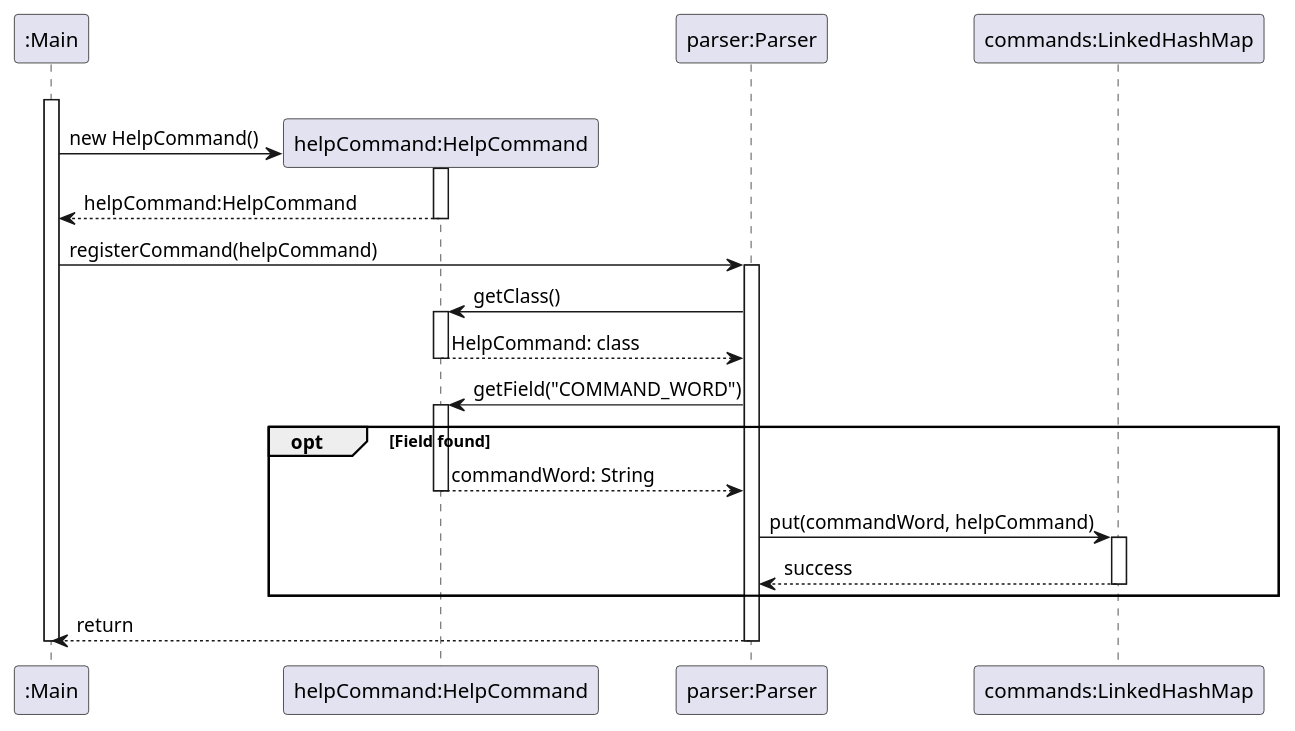
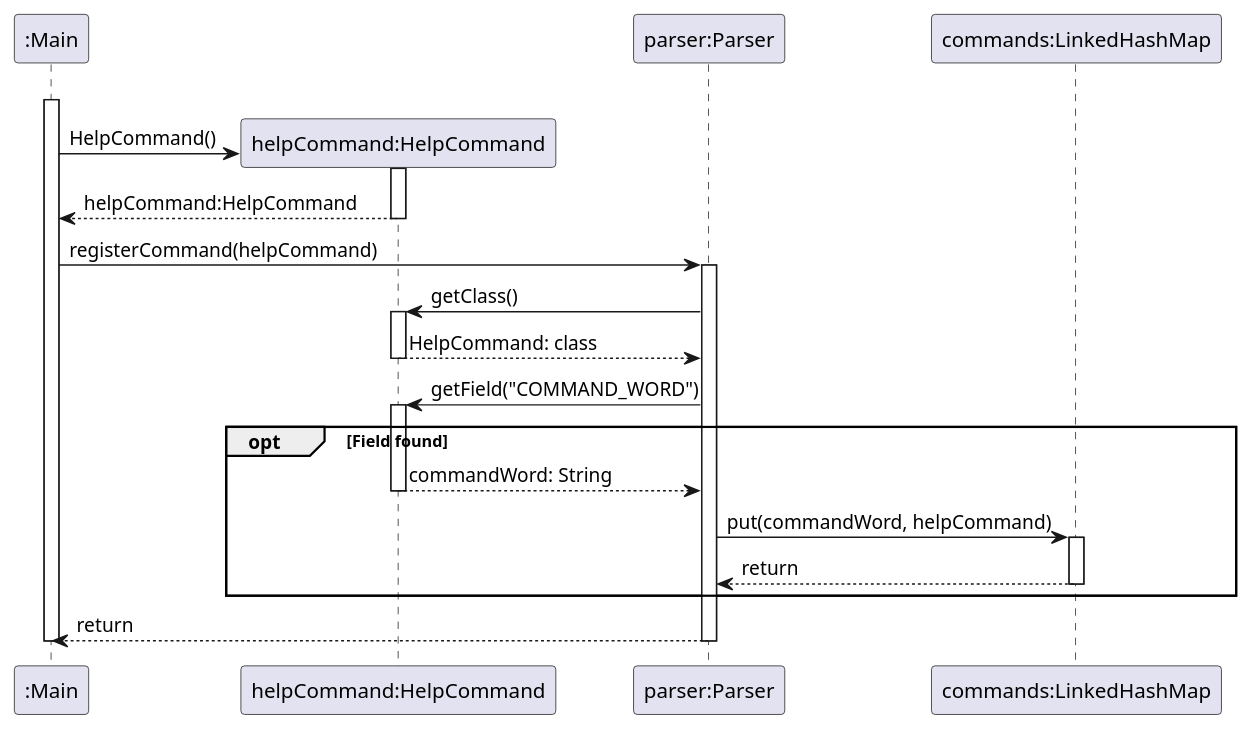
Before and after one commit to nus-cs2113-AY2425S1/tp: the first of 4 diagrams in docs/plantUMLCode/parser-class-diagram.puml, drawn with PlantUML. The commit also changed other lines of this file and 2 other files, not shown here.

Commit message:
Update diagrams

```diff
--- a/docs/plantUMLCode/parser-class-diagram.puml
+++ b/docs/plantUMLCode/parser-class-diagram.puml
@@ -1,40 +1,40 @@
 @startuml
 participant ":Main" as Main
 "Main" -[hidden]> "Main" :
 
 activate Main
 create "helpCommand:HelpCommand" as HelpCommand
-Main -> HelpCommand: new HelpCommand()
+Main -> HelpCommand: HelpCommand()
 
 activate HelpCommand
 
 HelpCommand --> Main: helpCommand:HelpCommand
 deactivate HelpCommand
 participant "parser:Parser" as Parser
 Main -> Parser: registerCommand(helpCommand)
 activate Parser
 
 participant "commands:LinkedHashMap" as CommandMap
 
 Parser -> HelpCommand: getClass()
 activate HelpCommand
 HelpCommand --> Parser: HelpCommand: class
 deactivate HelpCommand
 
 Parser -> HelpCommand: getField("COMMAND_WORD")
 activate HelpCommand
 opt Field found
     HelpCommand --> Parser: commandWord: String
     deactivate HelpCommand
     Parser -> CommandMap: put(commandWord, helpCommand)
     activate CommandMap
 
-    CommandMap --> Parser: success
+    CommandMap --> Parser: return
 
     deactivate CommandMap
 end
 
 Parser --> Main: return
 deactivate Parser
 deactivate Main
 @enduml
```
